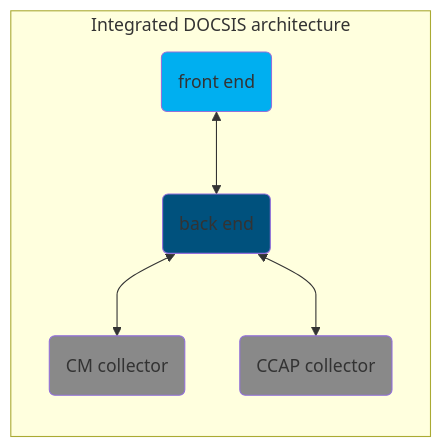
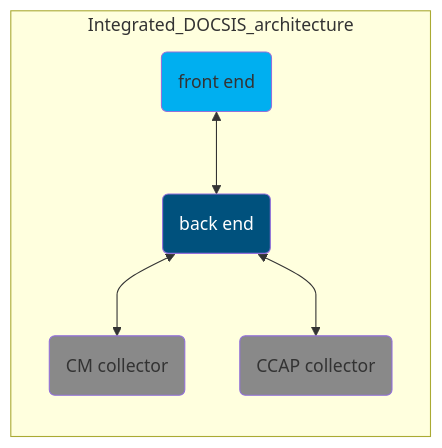
Before and after one commit to SkylineCommunications/dataminer-docs: the diagram in solutions/standard_solutions/EPM/EPM_I-DOCSIS/I-DOCSIS_architecture.md, drawn with Mermaid. The commit also changed 1 other file, not shown here.

Commit message:
small changes (mermaid)

````diff
--- a/solutions/standard_solutions/EPM/EPM_I-DOCSIS/I-DOCSIS_architecture.md
+++ b/solutions/standard_solutions/EPM/EPM_I-DOCSIS/I-DOCSIS_architecture.md
@@ -17,14 +17,14 @@
 ```mermaid
 %%{init: {'flowchart':{'curve':'monotoneY'}}}%%
 flowchart TB
-  subgraph Integrated DOCSIS architecture
+  subgraph Integrated_DOCSIS_architecture
     direction TB
     style Front-End fill:#00aff0
-    style Back-End fill:#00517d
+    style Back-End fill:#00517d,color:#ffffff
     style CM-Collector fill:#898989
     style CCAP fill:#898989
     Front-End(front end) <--> Back-End(back end)
     Back-End(back end) <--> CM-Collector(CM collector)
     Back-End(back end) <--> CCAP(CCAP collector)
   end
 ```
````
